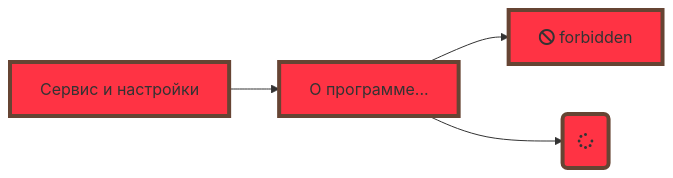
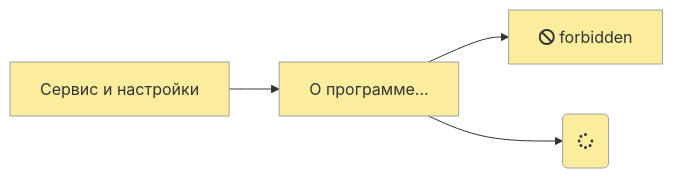
Before and after one commit to lugovoe/manual: the first of 5 diagrams in faq/crash/mermaid.md, drawn with Mermaid.

````diff
--- a/faq/crash/mermaid.md
+++ b/faq/crash/mermaid.md
@@ -3,7 +3,7 @@
 ```mermaid
 graph LR
     A[Сервис и настройки] --> B[О программе...];
     B --> C[fa:fa-ban forbidden];
     B --> D(fa:fa-spinner);
-    classDef default fill:#f34,stroke:#643,stroke-width:4px;
+    classDef default fill:#fbed9e,stroke:#a0a0a0,stroke-width:1px;
 ```
````
